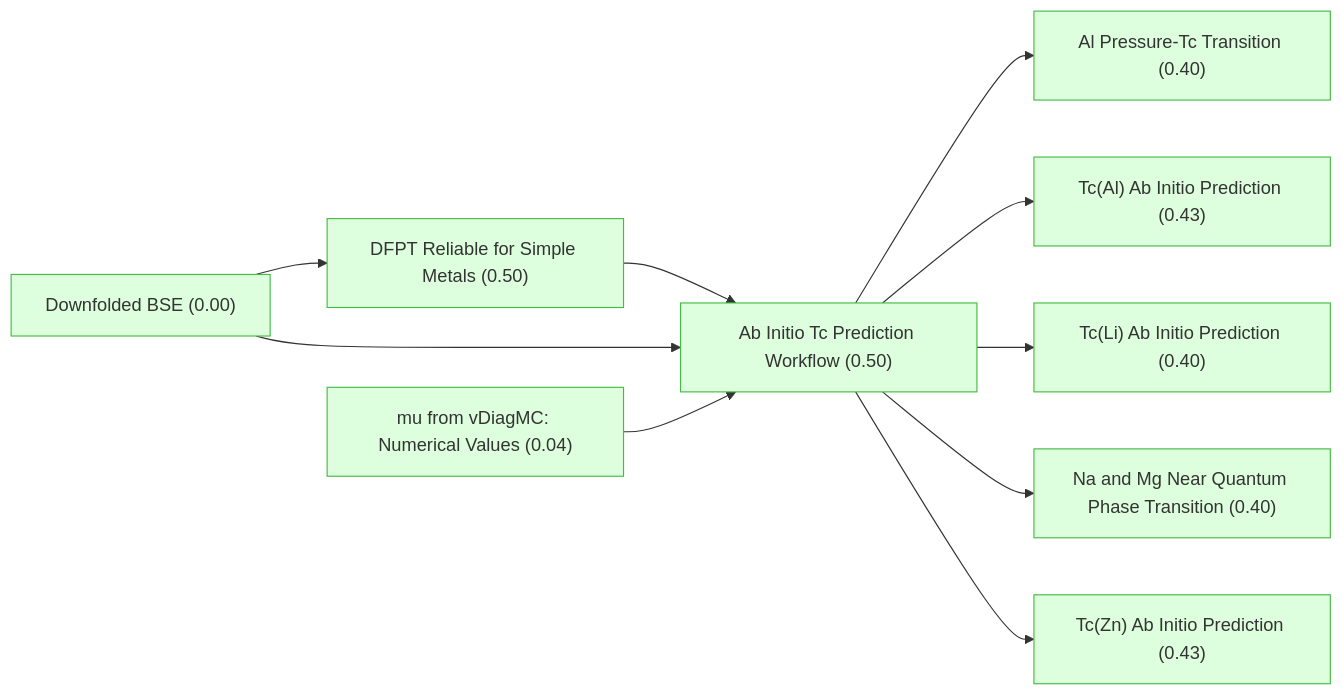
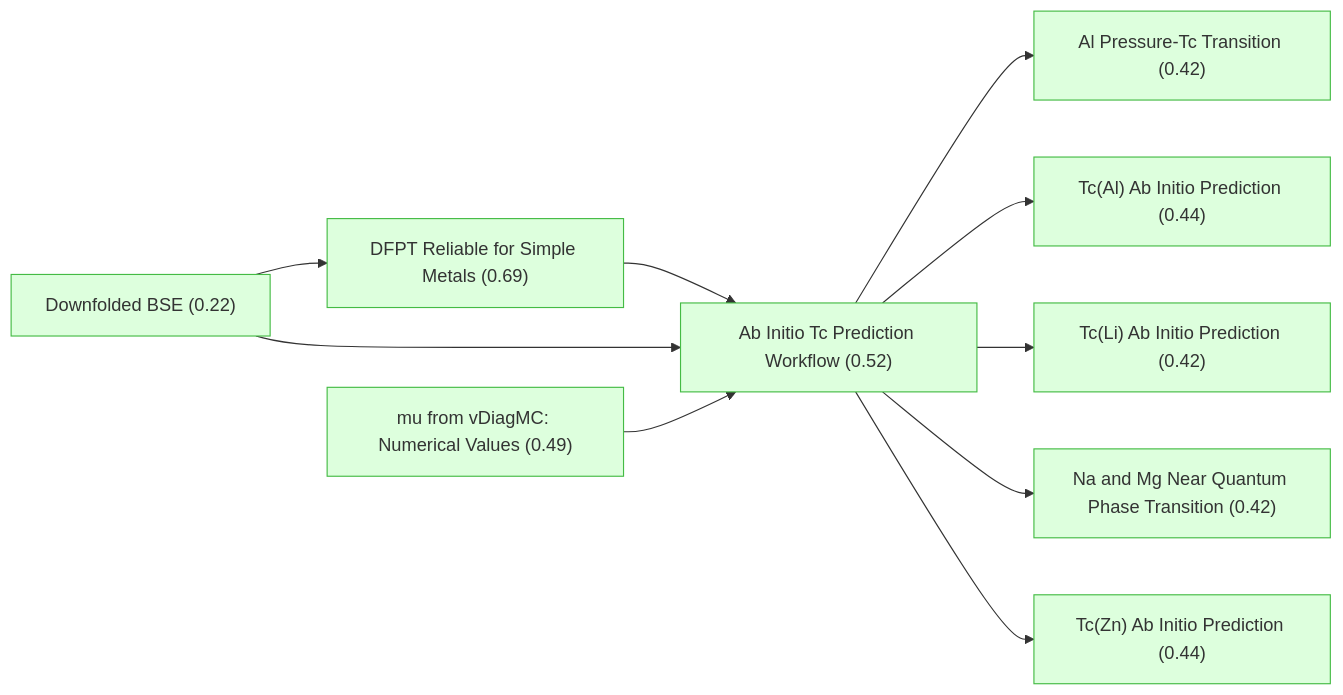
The first of 6 diagrams in README.md (kunyuan/SuperconductivityElectronLiquids.gaia), drawn with Mermaid before and after one commit. The commit also changed other lines of this file, not shown here.

````diff
--- a/README.md
+++ b/README.md
@@ -7,31 +7,31 @@
 ```mermaid
 graph LR
-    downfolded_bse["Downfolded BSE (0.00)"]:::derived
-    mu_vdiagmc_values["mu from vDiagMC: Numerical Values (0.04)"]:::derived
-    dfpt_reliable_for_simple_metals["DFPT Reliable for Simple Metals (0.50)"]:::derived
-    ab_initio_workflow["Ab Initio Tc Prediction Workflow (0.50)"]:::derived
-    tc_al_predicted["Tc(Al) Ab Initio Prediction (0.43)"]:::derived
-    tc_zn_predicted["Tc(Zn) Ab Initio Prediction (0.43)"]:::derived
-    tc_li_predicted["Tc(Li) Ab Initio Prediction (0.40)"]:::derived
-    al_pressure_transition["Al Pressure-Tc Transition (0.40)"]:::derived
-    tc_mg_na_near_qpt["Na and Mg Near Quantum Phase Transition (0.40)"]:::derived
+    downfolded_bse["Downfolded BSE (0.22)"]:::derived
+    mu_vdiagmc_values["mu from vDiagMC: Numerical Values (0.49)"]:::derived
+    dfpt_reliable_for_simple_metals["DFPT Reliable for Simple Metals (0.69)"]:::derived
+    ab_initio_workflow["Ab Initio Tc Prediction Workflow (0.52)"]:::derived
+    tc_al_predicted["Tc(Al) Ab Initio Prediction (0.44)"]:::derived
+    tc_zn_predicted["Tc(Zn) Ab Initio Prediction (0.44)"]:::derived
+    tc_li_predicted["Tc(Li) Ab Initio Prediction (0.42)"]:::derived
+    al_pressure_transition["Al Pressure-Tc Transition (0.42)"]:::derived
+    tc_mg_na_near_qpt["Na and Mg Near Quantum Phase Transition (0.42)"]:::derived
     ab_initio_workflow --> al_pressure_transition
     ab_initio_workflow --> tc_al_predicted
     ab_initio_workflow --> tc_li_predicted
     ab_initio_workflow --> tc_mg_na_near_qpt
     ab_initio_workflow --> tc_zn_predicted
     dfpt_reliable_for_simple_metals --> ab_initio_workflow
     downfolded_bse --> ab_initio_workflow
     downfolded_bse --> dfpt_reliable_for_simple_metals
     mu_vdiagmc_values --> ab_initio_workflow
 
     classDef setting fill:#f0f0f0,stroke:#999,color:#333
     classDef premise fill:#ddeeff,stroke:#4488bb,color:#333
     classDef derived fill:#ddffdd,stroke:#44bb44,color:#333
     classDef question fill:#fff3dd,stroke:#cc9944,color:#333
     classDef background fill:#f5f5f5,stroke:#bbb,stroke-dasharray: 5 5,color:#333
     classDef orphan fill:#fff,stroke:#ccc,stroke-dasharray: 5 5,color:#333
     classDef external fill:#fff,stroke:#aaa,stroke-dasharray: 3 3,color:#333
     classDef weak fill:#fff9c4,stroke:#f9a825,stroke-dasharray: 5 5,color:#333
     classDef contra fill:#ffebee,stroke:#c62828,color:#333
 ```
````
